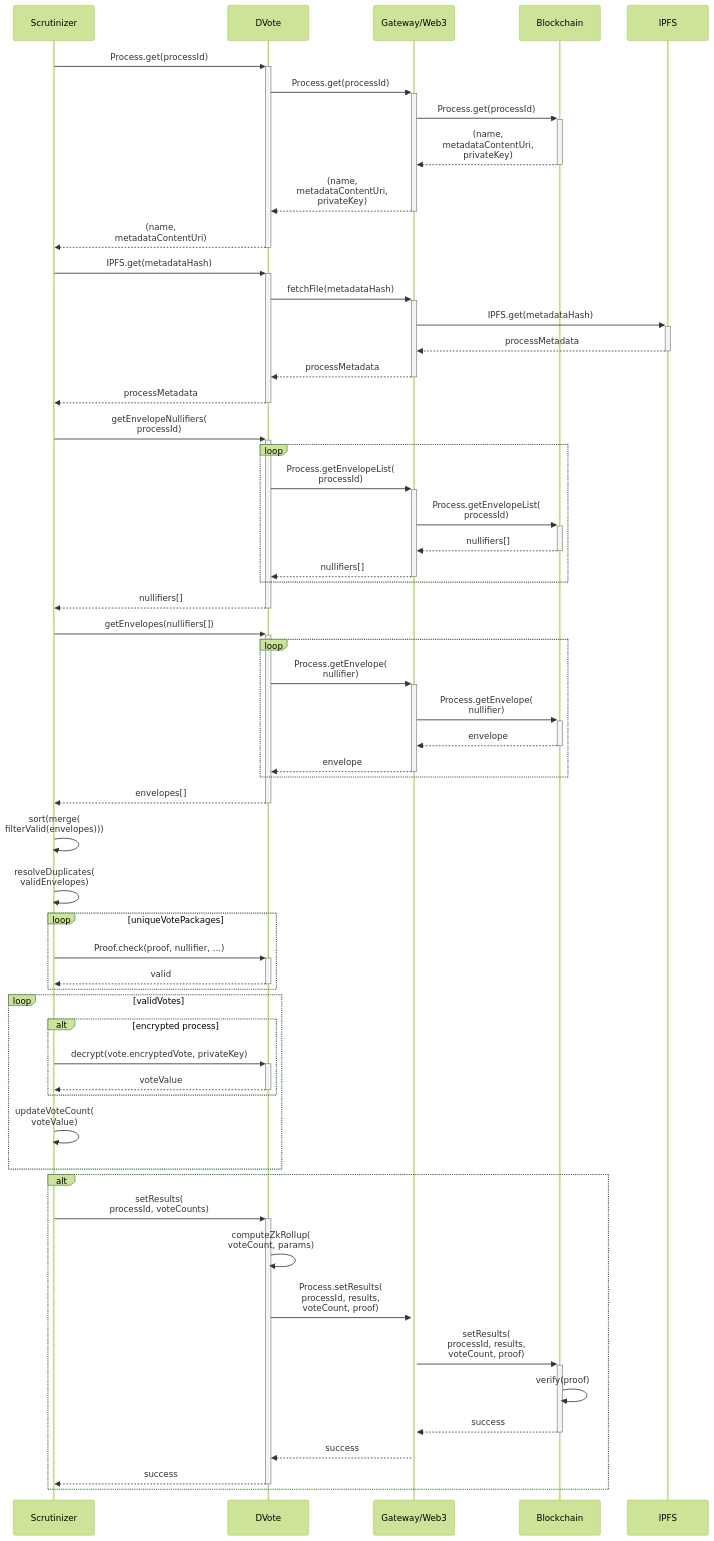
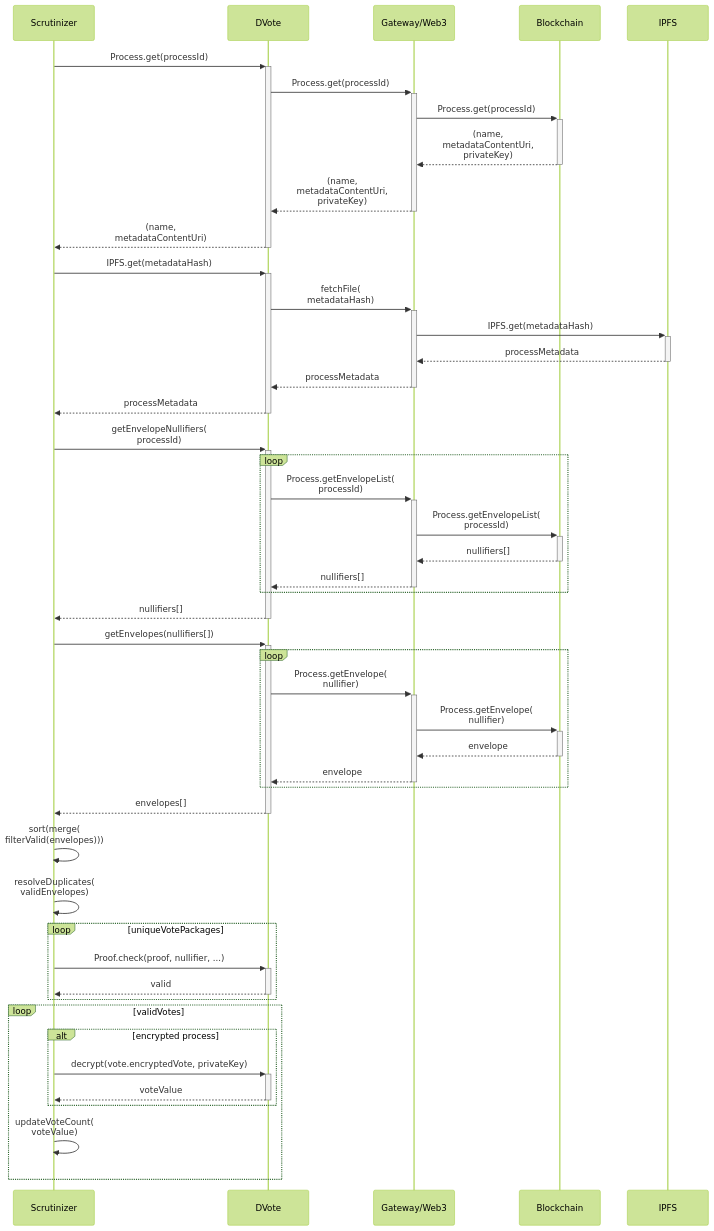
The ninth of 9 diagrams in src/architecture/component-interaction.md (vocdoni/docs), drawn with Mermaid before and after one commit. The commit also changed other lines of this file, not shown here.

Commit message:
Remove zk-rollup results publishing

````diff
--- a/src/architecture/component-interaction.md
+++ b/src/architecture/component-interaction.md
@@ -430,79 +431,66 @@
 ```mermaid
 %%{init: {'theme':'forest'}}%%
 sequenceDiagram
     participant SC as Scrutinizer
     participant DV as DVote
     participant GW as Gateway/Web3
     participant BC as Blockchain
     participant IPFS as IPFS
 
     SC->>+DV: Process.get(processId)
 
         DV->>+GW: Process.get(processId)
         GW->>+BC: Process.get(processId)
         BC-->>-GW: (name,<br/> metadataContentUri,<br/> privateKey)
         GW-->>-DV: (name,<br/> metadataContentUri,<br/> privateKey)
 
     DV-->>-SC: (name,<br/> metadataContentUri)
 
     SC->>+DV: IPFS.get(metadataHash)
 
-        DV->>+GW: fetchFile(metadataHash)
+        DV->>+GW: fetchFile(<br/>metadataHash)
         GW->>+IPFS: IPFS.get(metadataHash)
         IPFS-->>-GW: processMetadata
         GW-->>-DV: processMetadata
 
     DV-->>-SC: processMetadata
 
     SC->>+DV: getEnvelopeNullifiers(<br/>processId)
         loop
             DV->>+GW: Process.getEnvelopeList(<br/>processId)
                 GW->>+BC: Process.getEnvelopeList(<br/>processId)
                 BC-->>-GW: nullifiers[]
             GW-->>-DV: nullifiers[]
         end
     DV-->>-SC: nullifiers[]
 
     SC->>+DV: getEnvelopes(nullifiers[])
         loop
             DV->>+GW: Process.getEnvelope(<br/>nullifier)
                 GW->>+BC: Process.getEnvelope(<br/>nullifier)
                 BC-->>-GW: envelope
             GW-->>-DV: envelope
         end
     DV-->>-SC: envelopes[]
 
 
     SC->>SC: sort(merge(<br/>filterValid(envelopes)))
     SC->>SC: resolveDuplicates(<br/>validEnvelopes)
 
     loop uniqueVotePackages
 
         SC->>+DV: Proof.check(proof, nullifier, ...)
         DV-->>-SC: valid
 
     end
 
     loop validVotes
 
         alt encrypted process
             SC->>+DV: decrypt(vote.encryptedVote, privateKey)
             DV-->>-SC: voteValue
         end
 
         SC->>SC: updateVoteCount(<br/>voteValue)
     end
-
-    alt
-        SC->>+DV: setResults(<br/>processId, voteCounts)
-            DV->>DV: computeZkRollup(<br/>voteCount, params)
-
-            DV->>+GW: Process.setResults(<br/>processId, results, <br/>voteCount, proof)
-                GW->>+BC: setResults(<br/>processId, results,<br/> voteCount, proof)
-                    BC->>BC: verify(proof)
-                BC-->>-GW: success
-            GW-->>DV: success
-        DV-->>-SC: success
-    end
-
 ```
````
